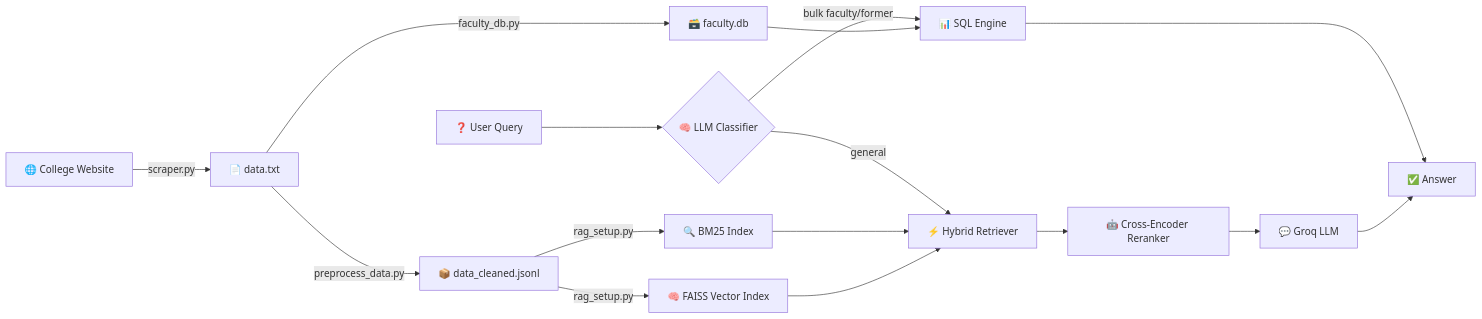
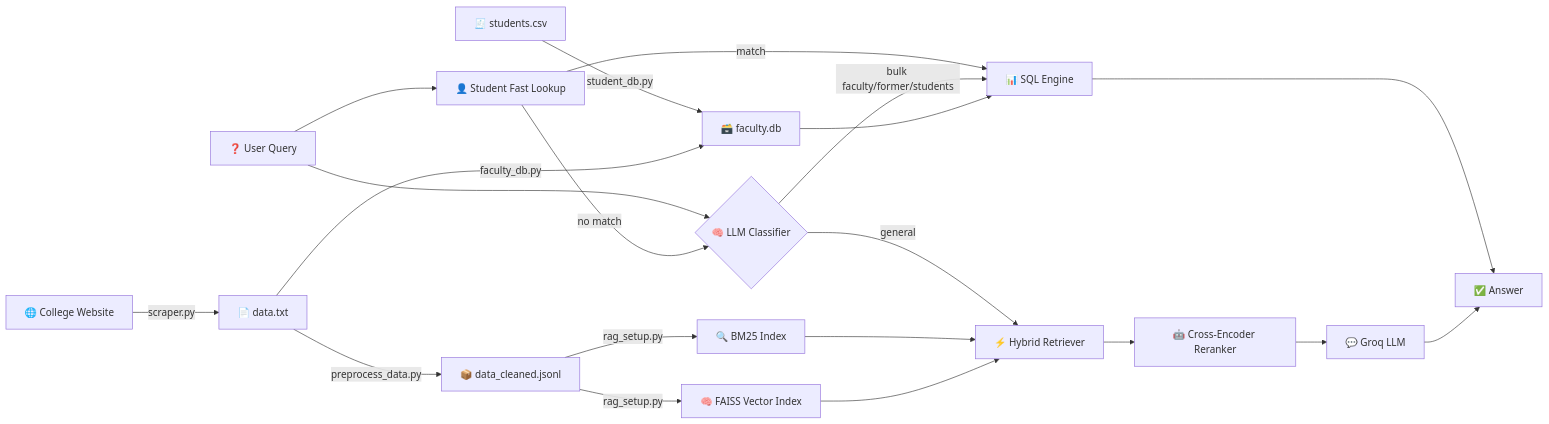
Before and after one commit to arxhr007/sahrdaya_ragx: the first of 17 diagrams in WORKING.md, drawn with Mermaid. The commit also changed other lines of this file and 6 other files, not shown here.

Commit message:
feat: integrate student data ingestion and SQL fast path for queries in chatbot

````diff
--- a/WORKING.md
+++ b/WORKING.md
@@ -21,18 +21,22 @@
 ```mermaid
 flowchart LR
     A[🌐 College Website] -->|scraper.py| B[📄 data.txt]
+  SCSV[🧾 students.csv] -->|student_db.py| I[🗃️ faculty.db]
     B -->|preprocess_data.py| C[📦 data_cleaned.jsonl]
     B -->|faculty_db.py| I[🗃️ faculty.db]
     C -->|rag_setup.py| D[🔍 BM25 Index]
     C -->|rag_setup.py| E[🧠 FAISS Vector Index]
     F[❓ User Query] --> G{🧠 LLM Classifier}
-    G -->|bulk faculty/former| H[📊 SQL Engine]
+  F --> FS[👤 Student Fast Lookup]
+  FS -->|match| H[📊 SQL Engine]
+  FS -->|no match| G
+  G -->|bulk faculty/former/students| H
     I --> H
     G -->|general| J[⚡ Hybrid Retriever]
     D --> J
     E --> J
     J --> K[🤖 Cross-Encoder Reranker]
     K --> L[💬 Groq LLM]
     H --> M[✅ Answer]
     L --> M
 ```
````
